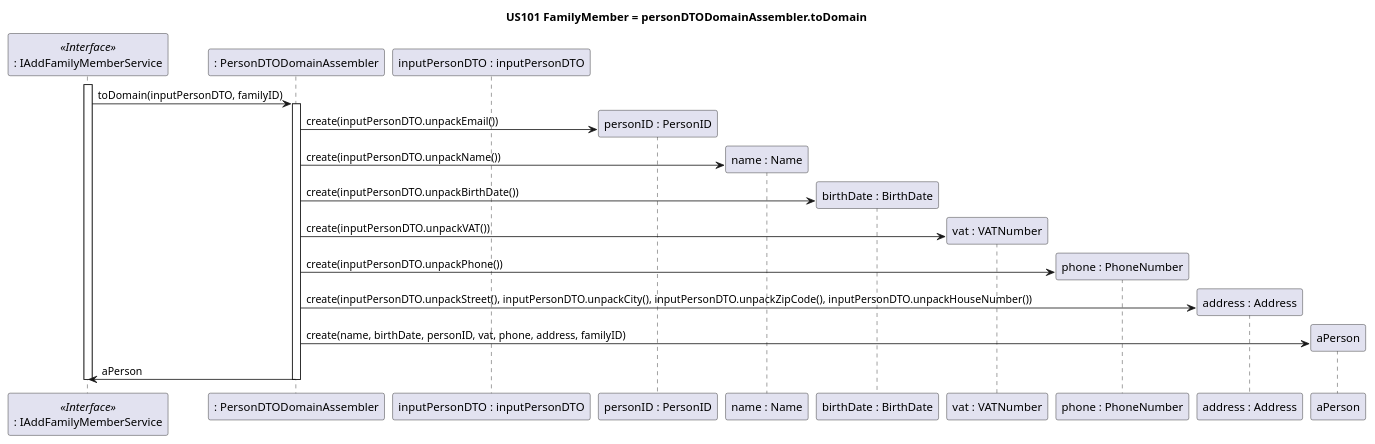
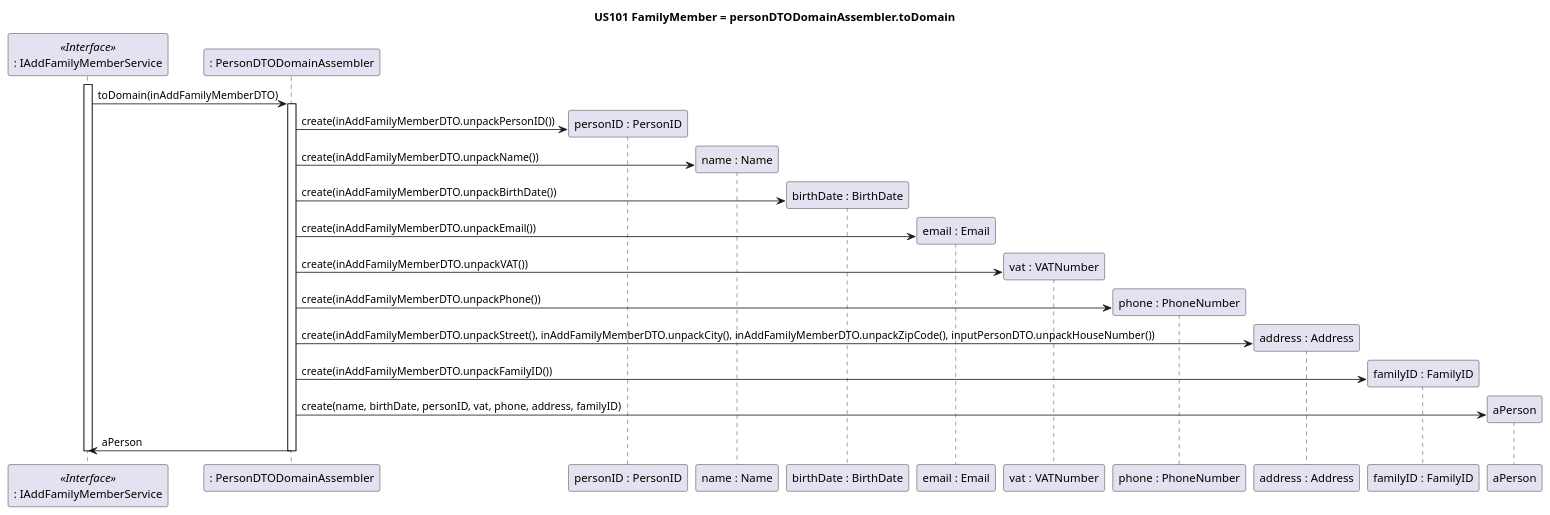
One commit to tomas-osswald/switch_2020_g3 changed the fifth of 6 diagrams in docs/sprint5/user_stories/US101_AddFamilyMember.md. Above: the diagram before and after it, drawn with PlantUML. The commit also changed other lines of this file and 4 other files, not shown here.

Commit message:
US101 SD diagram and InAddFamilyMemberDTO

`````diff
--- a/docs/sprint5/user_stories/US101_AddFamilyMember.md
+++ b/docs/sprint5/user_stories/US101_AddFamilyMember.md
@@ -325,30 +328,35 @@
 ````puml
 @startuml
 title US101 FamilyMember = personDTODomainAssembler.toDomain
 
 participant ": IAddFamilyMemberService" as FamilyMemberService <<Interface>>
 participant ": PersonDTODomainAssembler" as dtoToDomainAssembler
-participant "inputPersonDTO : inputPersonDTO" as inputPersonDTO
+'participant "inputPersonDTO : inputPersonDTO" as inputPersonDTO
 participant "personID : PersonID" as personID
 participant "name : Name" as name
 participant "birthDate : BirthDate" as birthDate
+participant "email : Email" as email
 participant "vat : VATNumber" as vat
 participant "phone : PhoneNumber" as phoneNumber
 participant "address : Address" as address
+participant "familyID : FamilyID" as familyID
 
 activate FamilyMemberService
-FamilyMemberService -> dtoToDomainAssembler : toDomain(inputPersonDTO, familyID)
+FamilyMemberService -> dtoToDomainAssembler : toDomain(inAddFamilyMemberDTO)
 activate dtoToDomainAssembler
-dtoToDomainAssembler -> personID** : create(inputPersonDTO.unpackEmail())
-dtoToDomainAssembler -> name** : create(inputPersonDTO.unpackName())
-dtoToDomainAssembler -> birthDate** : create(inputPersonDTO.unpackBirthDate())
-dtoToDomainAssembler -> vat** : create(inputPersonDTO.unpackVAT())
-dtoToDomainAssembler -> phoneNumber** : create(inputPersonDTO.unpackPhone())
-dtoToDomainAssembler -> address** : create(inputPersonDTO.unpackStreet(), inputPersonDTO.unpackCity(), inputPersonDTO.unpackZipCode(), inputPersonDTO.unpackHouseNumber())
+dtoToDomainAssembler -> personID** : create(inAddFamilyMemberDTO.unpackPersonID())
+dtoToDomainAssembler -> name** : create(inAddFamilyMemberDTO.unpackName())
+dtoToDomainAssembler -> birthDate** : create(inAddFamilyMemberDTO.unpackBirthDate())
+dtoToDomainAssembler -> email** : create(inAddFamilyMemberDTO.unpackEmail())
+dtoToDomainAssembler -> vat** : create(inAddFamilyMemberDTO.unpackVAT())
+dtoToDomainAssembler -> phoneNumber** : create(inAddFamilyMemberDTO.unpackPhone())
+dtoToDomainAssembler -> address** : create(inAddFamilyMemberDTO.unpackStreet(), inAddFamilyMemberDTO.unpackCity(), inAddFamilyMemberDTO.unpackZipCode(), inputPersonDTO.unpackHouseNumber())
+dtoToDomainAssembler -> familyID** : create(inAddFamilyMemberDTO.unpackFamilyID())
 dtoToDomainAssembler -> aPerson** : create(name, birthDate, personID, vat, phone, address, familyID)
+
 dtoToDomainAssembler -> FamilyMemberService : aPerson
 deactivate dtoToDomainAssembler
 deactivate FamilyMemberService
 
 @enduml
 ````
`````
